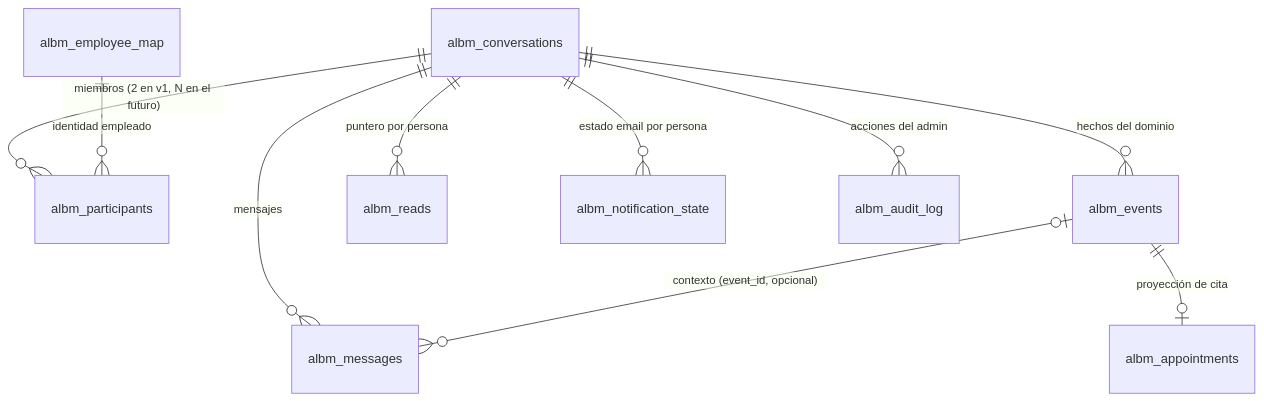
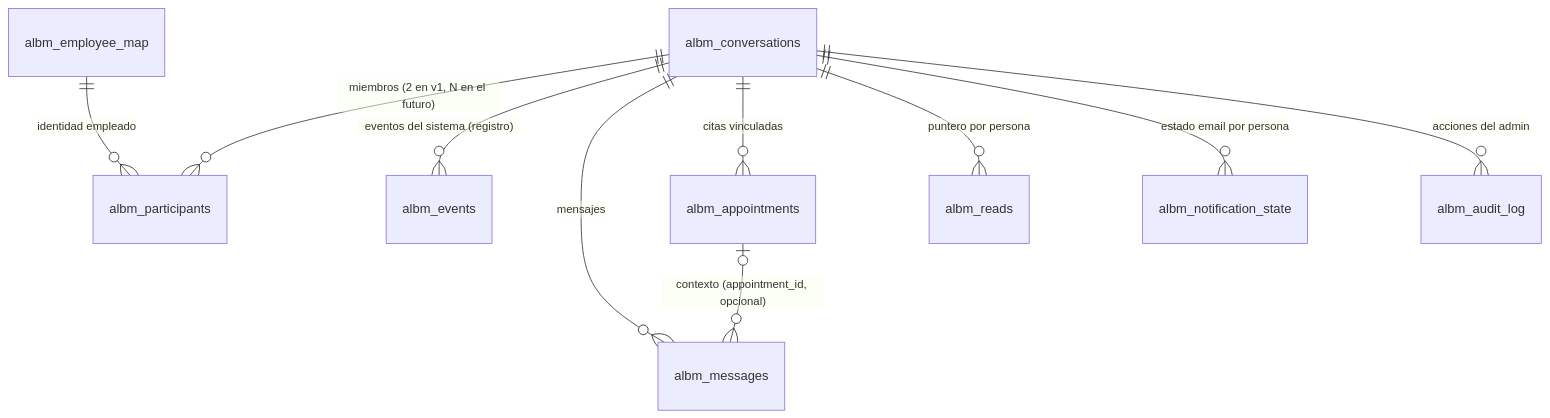
One commit to Ivanhoe9621/asd changed the first of 2 diagrams in ALB-MESSENGER-DESIGN.md. Above: the diagram before and after it, drawn with Mermaid. The commit also changed other lines of this file and 1 other file, not shown here.

First line of the commit message:
Ajuste final del diseño y del esquema M0: trazabilidad directa por cita

````diff
--- a/ALB-MESSENGER-DESIGN.md
+++ b/ALB-MESSENGER-DESIGN.md
@@ -79,12 +78,12 @@
 ```mermaid
 erDiagram
     albm_conversations ||--o{ albm_participants : "miembros (2 en v1, N en el futuro)"
-    albm_conversations ||--o{ albm_events : "hechos del dominio"
+    albm_conversations ||--o{ albm_events : "eventos del sistema (registro)"
     albm_conversations ||--o{ albm_messages : "mensajes"
-    albm_events        |o--o{ albm_messages : "contexto (event_id, opcional)"
-    albm_events        ||--o| albm_appointments : "proyección de cita"
+    albm_conversations ||--o{ albm_appointments : "citas vinculadas"
+    albm_appointments  |o--o{ albm_messages : "contexto (appointment_id, opcional)"
     albm_conversations ||--o{ albm_reads : "puntero por persona"
     albm_conversations ||--o{ albm_notification_state : "estado email por persona"
     albm_conversations ||--o{ albm_audit_log : "acciones del admin"
     albm_employee_map  ||--o{ albm_participants : "identidad empleado"
 ```
````
